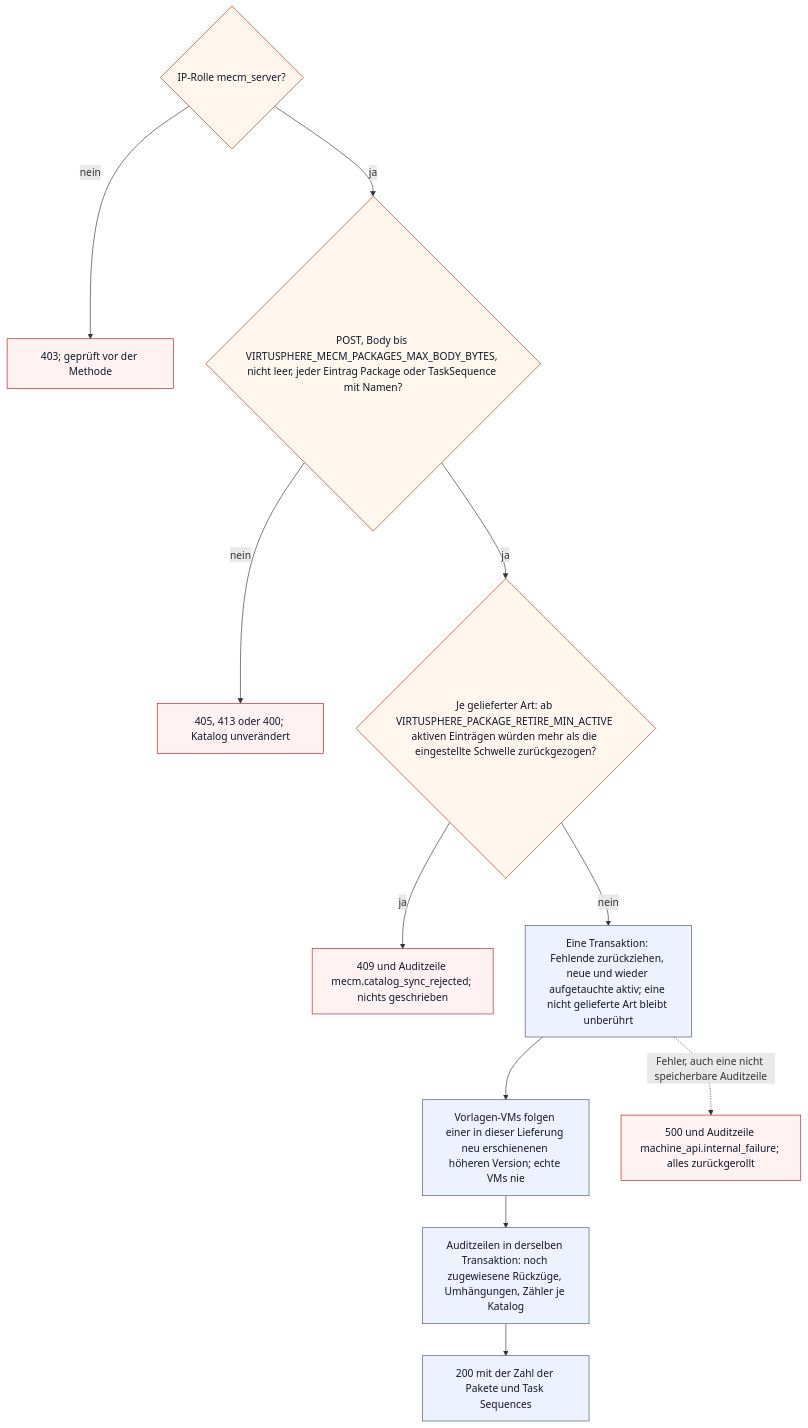
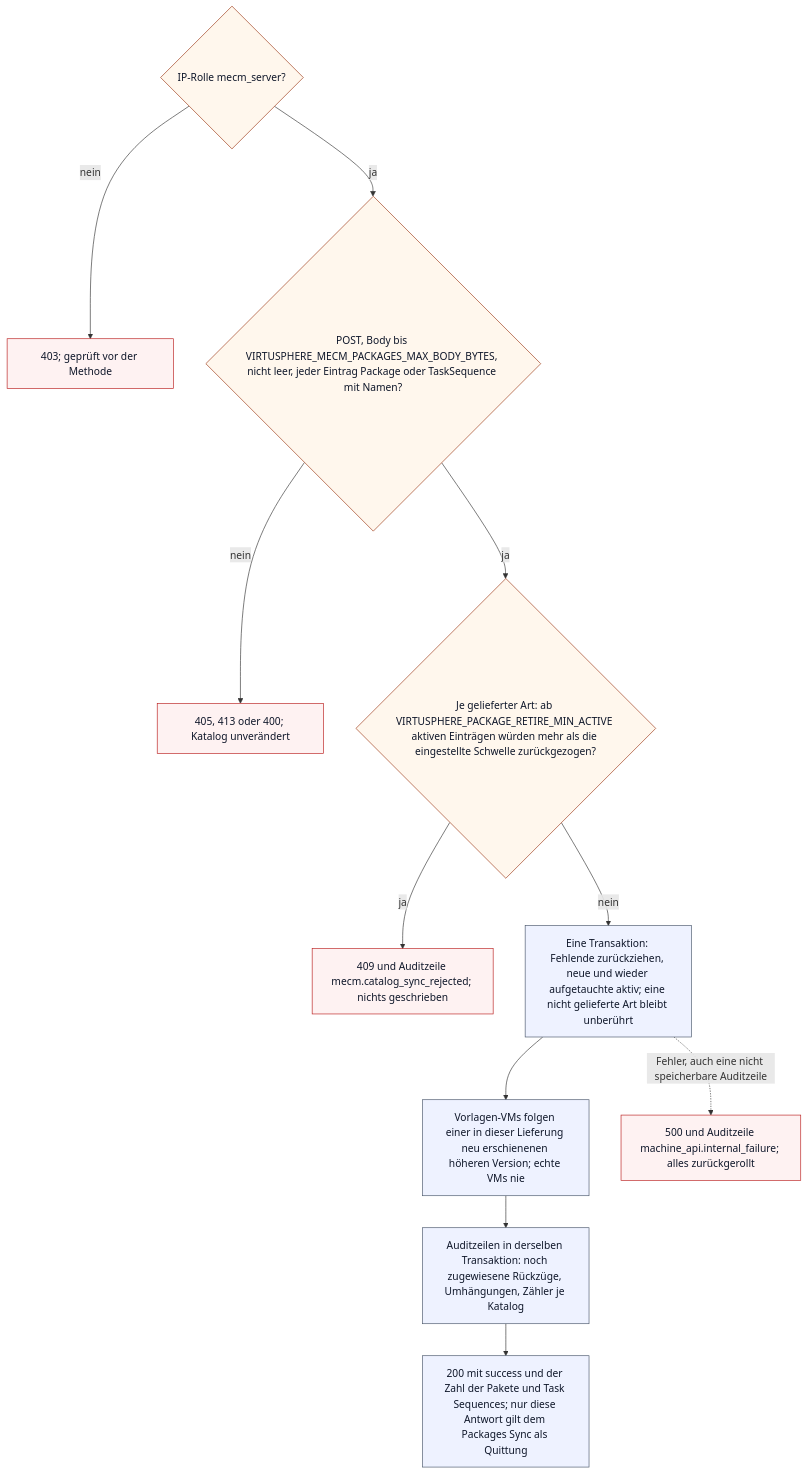
One commit to Samy94M/VirtuSphere-v2-WebApp changed the fifth of 5 diagrams in docs/operations/machine-api-flows.md. Above: the diagram before and after it, drawn with Mermaid. The commit also changed 5 other files, not shown here.

First line of the commit message:
Accept the packages-sync answer only with its success envelope

````diff
--- a/docs/operations/machine-api-flows.md
+++ b/docs/operations/machine-api-flows.md
@@ -140,19 +140,19 @@
 ```mermaid
 flowchart TD
     gate{"IP-Rolle mecm_server?"} -->|nein| forbidden["403; geprüft vor der Methode"]
     gate -->|ja| shape{"POST, Body bis VIRTUSPHERE_MECM_PACKAGES_MAX_BODY_BYTES, nicht leer, jeder Eintrag Package oder TaskSequence mit Namen?"}
     shape -->|nein| bad["405, 413 oder 400; Katalog unverändert"]
     shape -->|ja| brake{"Je gelieferter Art: ab VIRTUSPHERE_PACKAGE_RETIRE_MIN_ACTIVE aktiven Einträgen würden mehr als die eingestellte Schwelle zurückgezogen?"}
     brake -->|ja| rejected["409 und Auditzeile mecm.catalog_sync_rejected; nichts geschrieben"]
     brake -->|nein| write["Eine Transaktion: Fehlende zurückziehen, neue und wieder aufgetauchte aktiv; eine nicht gelieferte Art bleibt unberührt"]
     write --> templates["Vorlagen-VMs folgen einer in dieser Lieferung neu erschienenen höheren Version; echte VMs nie"]
     templates --> audits["Auditzeilen in derselben Transaktion: noch zugewiesene Rückzüge, Umhängungen, Zähler je Katalog"]
-    audits --> ok["200 mit der Zahl der Pakete und Task Sequences"]
+    audits --> ok["200 mit success und der Zahl der Pakete und Task Sequences; nur diese Antwort gilt dem Packages Sync als Quittung"]
     write -.->|Fehler, auch eine nicht speicherbare Auditzeile| failed["500 und Auditzeile machine_api.internal_failure; alles zurückgerollt"]
     classDef step fill:#eef2ff,stroke:#475569,color:#0f172a;
     classDef decision fill:#fff7ed,stroke:#9a3412,color:#0f172a;
     classDef blocked fill:#fef2f2,stroke:#b91c1c,color:#0f172a;
     class write,templates,audits,ok step;
     class gate,shape,brake decision;
     class forbidden,bad,rejected,failed blocked;
 ```
````
